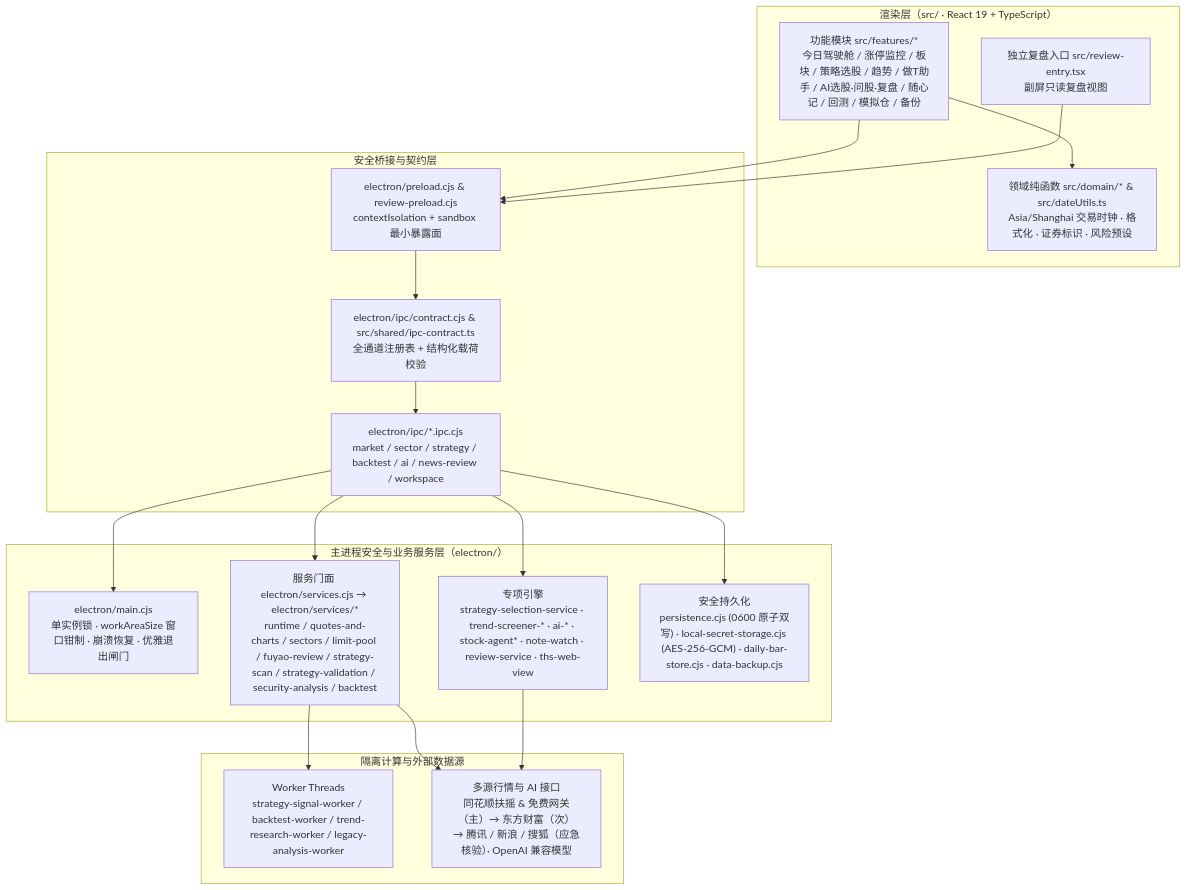
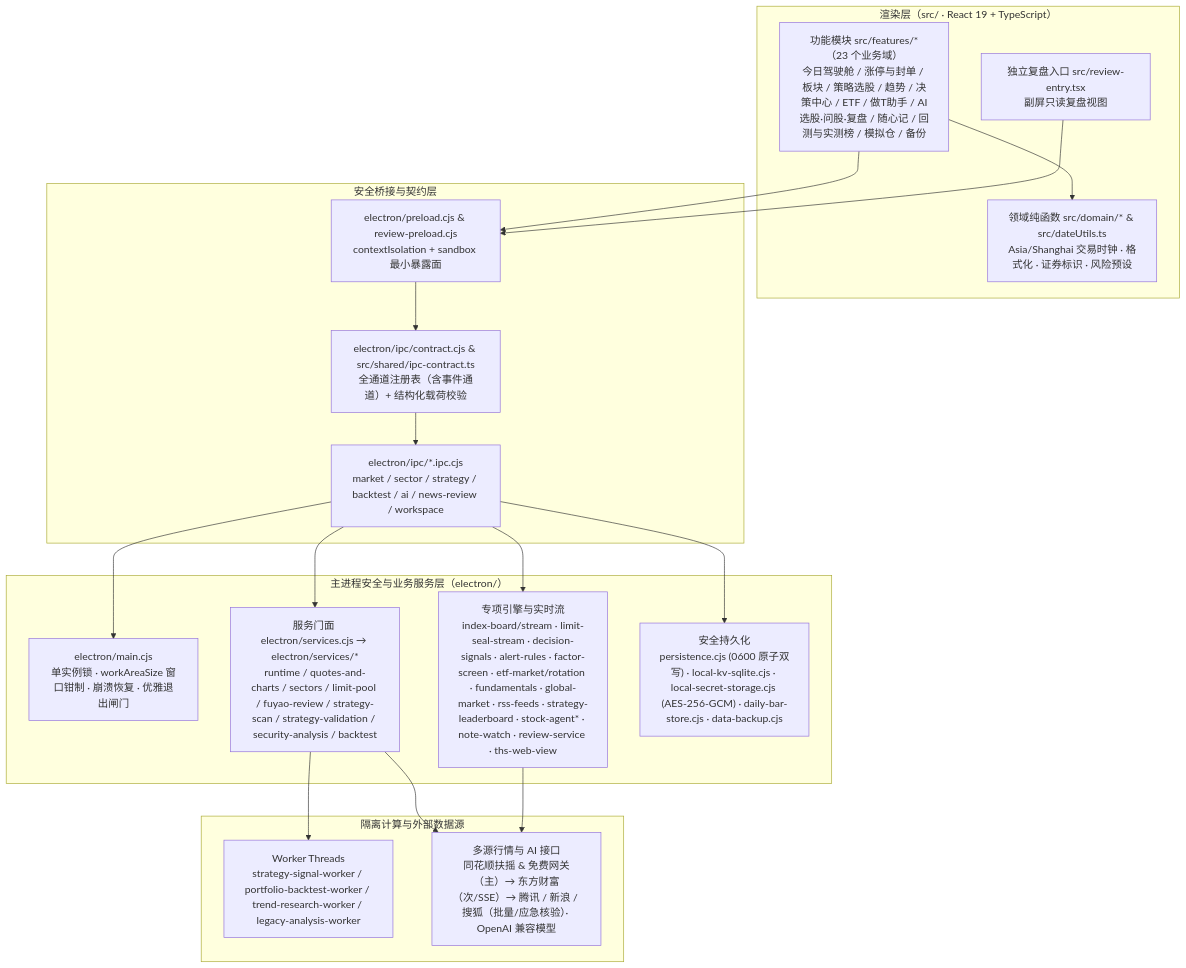
Before and after one commit to tlyer666666/a-stock-radar-tader: the diagram in docs/ARCHITECTURE.md, drawn with Mermaid. The commit also changed other lines of this file and 81 other files, not shown here.

````diff
--- a/docs/ARCHITECTURE.md
+++ b/docs/ARCHITECTURE.md
@@ -9,34 +9,34 @@
 ```mermaid
 flowchart TB
   subgraph Renderer["渲染层（src/ · React 19 + TypeScript）"]
-    Features["功能模块 src/features/*<br/>今日驾驶舱 / 涨停监控 / 板块 / 策略选股 / 趋势 / 做T助手 / AI选股·问股·复盘 / 随心记 / 回测 / 模拟仓 / 备份"]
+    Features["功能模块 src/features/*（23 个业务域）<br/>今日驾驶舱 / 涨停与封单 / 板块 / 策略选股 / 趋势 / 决策中心 / ETF / 做T助手 / AI选股·问股·复盘 / 随心记 / 回测与实测榜 / 模拟仓 / 备份"]
     Domain["领域纯函数 src/domain/* & src/dateUtils.ts<br/>Asia/Shanghai 交易时钟 · 格式化 · 证券标识 · 风险预设"]
     ReviewApp["独立复盘入口 src/review-entry.tsx<br/>副屏只读复盘视图"]
   end
 
   subgraph Bridge["安全桥接与契约层"]
     Preload["electron/preload.cjs & review-preload.cjs<br/>contextIsolation + sandbox 最小暴露面"]
-    Contract["electron/ipc/contract.cjs & src/shared/ipc-contract.ts<br/>全通道注册表 + 结构化载荷校验"]
+    Contract["electron/ipc/contract.cjs & src/shared/ipc-contract.ts<br/>全通道注册表（含事件通道）+ 结构化载荷校验"]
     IpcRouters["electron/ipc/*.ipc.cjs<br/>market / sector / strategy / backtest / ai / news-review / workspace"]
   end
 
   subgraph MainCore["主进程安全与业务服务层（electron/）"]
     Main["electron/main.cjs<br/>单实例锁 · workAreaSize 窗口钳制 · 崩溃恢复 · 优雅退出闸门"]
     Services["服务门面 electron/services.cjs → electron/services/*<br/>runtime / quotes-and-charts / sectors / limit-pool / fuyao-review / strategy-scan / strategy-validation / security-analysis / backtest"]
-    DomainSvc["专项引擎<br/>strategy-selection-service · trend-screener-* · ai-* · stock-agent* · note-watch · review-service · ths-web-view"]
-    Storage["安全持久化<br/>persistence.cjs (0600 原子双写) · local-secret-storage.cjs (AES-256-GCM) · daily-bar-store.cjs · data-backup.cjs"]
+    DomainSvc["专项引擎与实时流<br/>index-board/stream · limit-seal-stream · decision-signals · alert-rules · factor-screen · etf-market/rotation · fundamentals · global-market · rss-feeds · strategy-leaderboard · stock-agent* · note-watch · review-service · ths-web-view"]
+    Storage["安全持久化<br/>persistence.cjs (0600 原子双写) · local-kv-sqlite.cjs · local-secret-storage.cjs (AES-256-GCM) · daily-bar-store.cjs · data-backup.cjs"]
   end
 
   subgraph Compute["隔离计算与外部数据源"]
-    Workers["Worker Threads<br/>strategy-signal-worker / backtest-worker / trend-research-worker / legacy-analysis-worker"]
-    Providers["多源行情与 AI 接口<br/>同花顺扶摇 & 免费网关（主）→ 东方财富（次）→ 腾讯 / 新浪 / 搜狐（应急核验）· OpenAI 兼容模型"]
+    Workers["Worker Threads<br/>strategy-signal-worker / portfolio-backtest-worker / trend-research-worker / legacy-analysis-worker"]
+    Providers["多源行情与 AI 接口<br/>同花顺扶摇 & 免费网关（主）→ 东方财富（次/SSE）→ 腾讯 / 新浪 / 搜狐（批量/应急核验）· OpenAI 兼容模型"]
   end
 
   Features --> Domain
   Features --> Preload
   ReviewApp --> Preload
   Preload --> Contract --> IpcRouters --> Main
   IpcRouters --> Services & DomainSvc & Storage
   Services --> Workers
   Services & DomainSvc --> Providers
 ```
````
